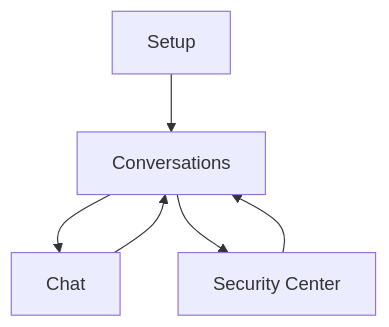
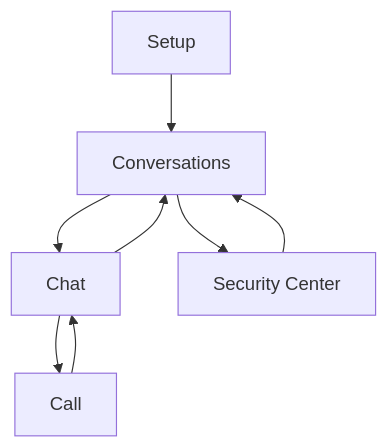
One commit to ErenAri/post-quantum-messaging-app changed the third of 4 diagrams in docs/ANDROID.md. Above: the diagram before and after it, drawn with Mermaid. The commit also changed other lines of this file and 73 other files, not shown here.

````diff
--- a/docs/ANDROID.md
+++ b/docs/ANDROID.md
@@ -34,8 +35,10 @@
 ```mermaid
 flowchart TD
     A[Setup] --> B[Conversations]
     B --> C[Chat]
     B --> D[Security Center]
+    C --> E[Call]
     C --> B
     D --> B
+    E --> C
 ```
````
